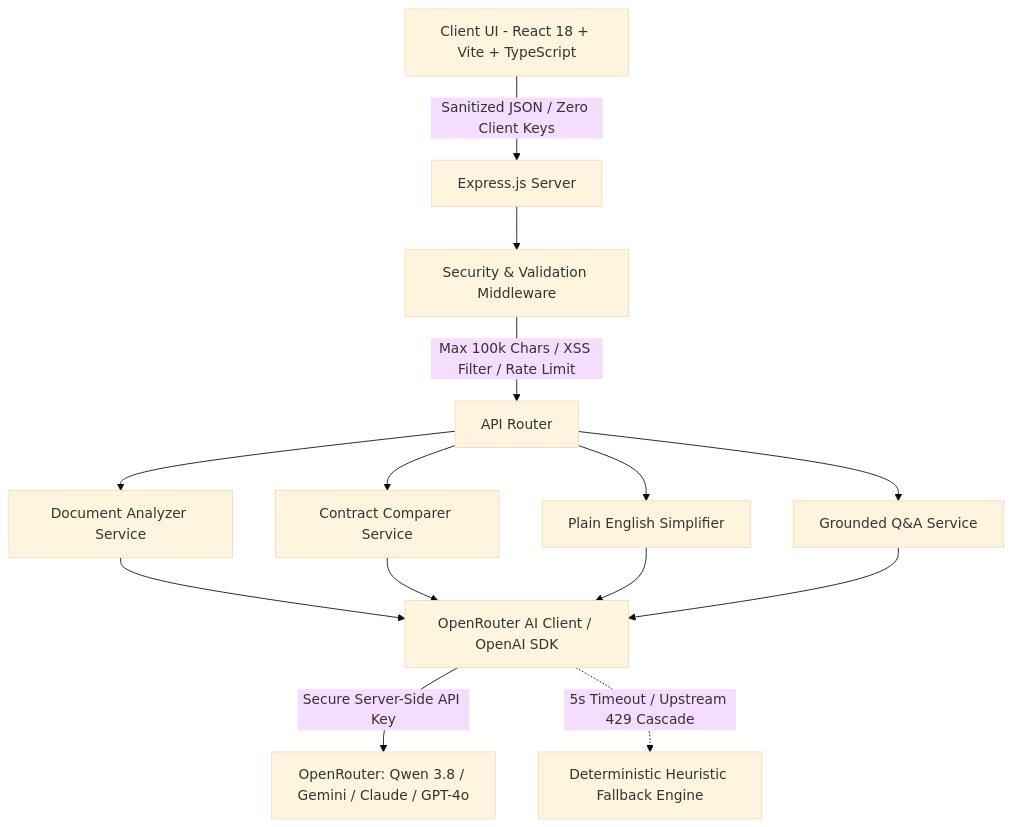
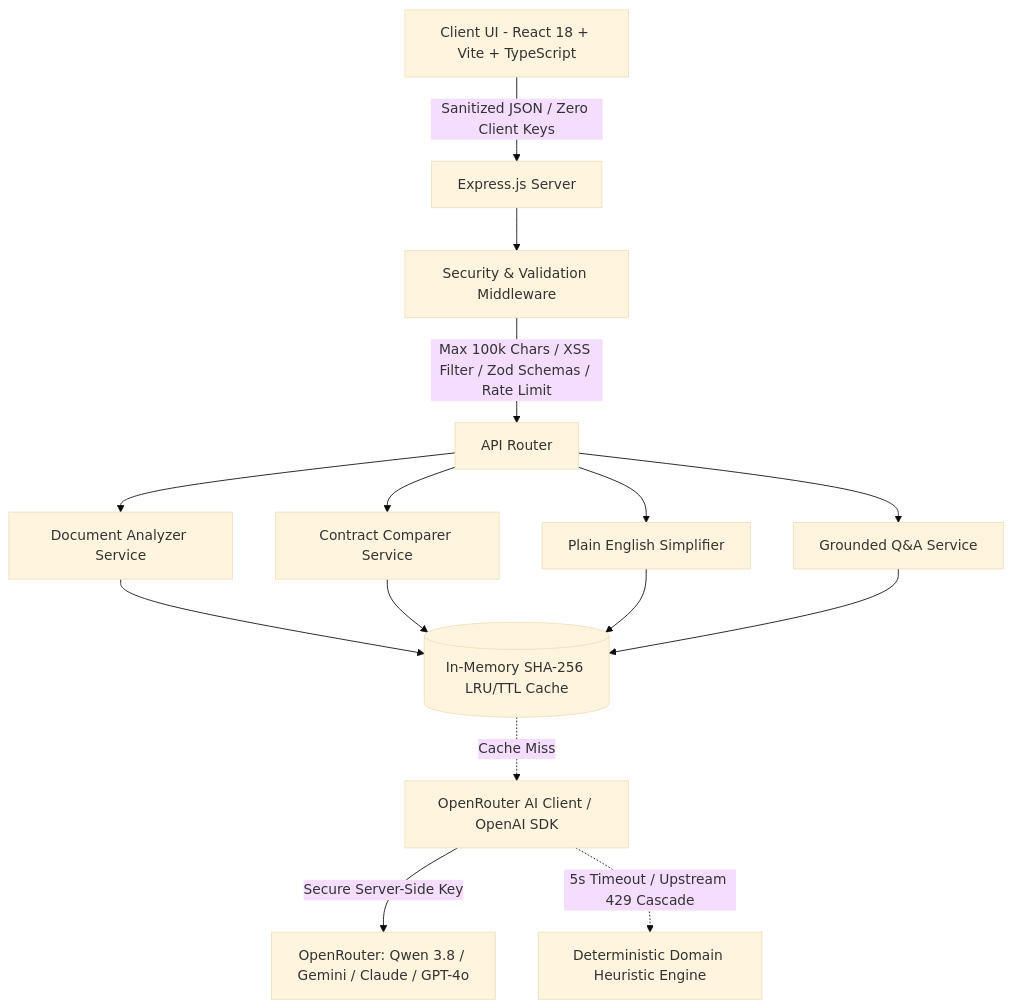
One commit to dheeraj0677/LegalLens changed the diagram in README.md. Above: the diagram before and after it, drawn with Mermaid (base theme). The commit also changed other lines of this file and 12 other files, not shown here.

````diff
--- a/README.md
+++ b/README.md
@@ -38,13 +38,14 @@
 ```mermaid
 graph TD
     A[Client UI - React 18 + Vite + TypeScript] -->|Sanitized JSON / Zero Client Keys| B[Express.js Server]
     B --> C[Security & Validation Middleware]
-    C -->|Max 100k Chars / XSS Filter / Rate Limit| D[API Router]
+    C -->|Max 100k Chars / XSS Filter / Zod Schemas / Rate Limit| D[API Router]
     D --> E1[Document Analyzer Service]
     D --> E2[Contract Comparer Service]
     D --> E3[Plain English Simplifier]
     D --> E4[Grounded Q&A Service]
-    E1 & E2 & E3 & E4 --> F[OpenRouter AI Client / OpenAI SDK]
-    F -->|Secure Server-Side API Key| G[OpenRouter: Qwen 3.8 / Gemini / Claude / GPT-4o]
-    F -.->|5s Timeout / Upstream 429 Cascade| H[Deterministic Heuristic Fallback Engine]
+    E1 & E2 & E3 & E4 --> CACHE[(In-Memory SHA-256 LRU/TTL Cache)]
+    CACHE -.->|Cache Miss| F[OpenRouter AI Client / OpenAI SDK]
+    F -->|Secure Server-Side Key| G[OpenRouter: Qwen 3.8 / Gemini / Claude / GPT-4o]
+    F -.->|5s Timeout / Upstream 429 Cascade| H[Deterministic Domain Heuristic Engine]
 ```
````
